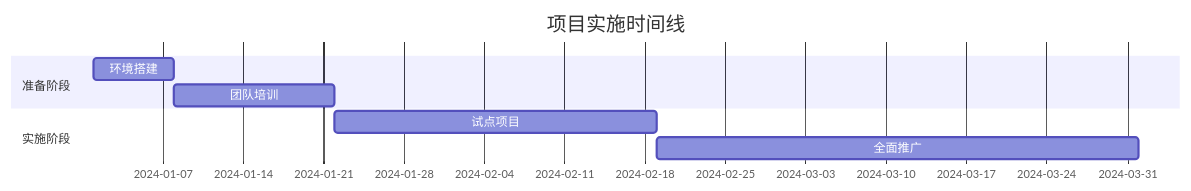
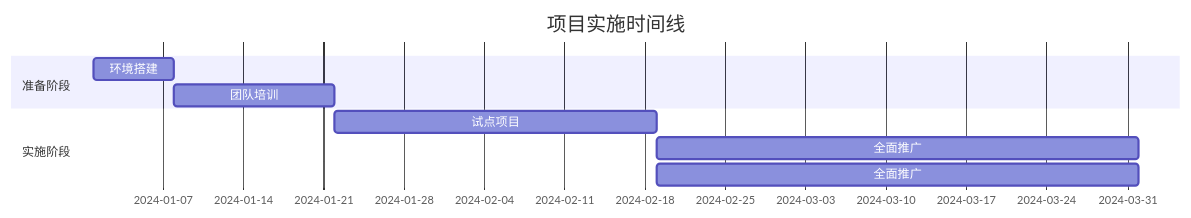
One commit to Coldplay-now/ai-ide-guide-core changed the third of 3 diagrams in docs/templates/style-guide.md. Above: the diagram before and after it, drawn with Mermaid. The commit also changed other lines of this file and 27 other files, not shown here.

````diff
--- a/docs/templates/style-guide.md
+++ b/docs/templates/style-guide.md
@@ -447,13 +470,15 @@
 ```mermaid
-
 gantt
     title 项目实施时间线
     dateFormat  YYYY-MM-DD
+
     section 准备阶段
     环境搭建    :prep1, 2024-01-01, 1w
     团队培训    :prep2, after prep1, 2w
 
     section 实施阶段
     试点项目    :pilot, after prep2, 4w
+
+    全面推广    :rollout, after pilot, 6w
     全面推广    :rollout, after pilot, 6w
 ```
````
